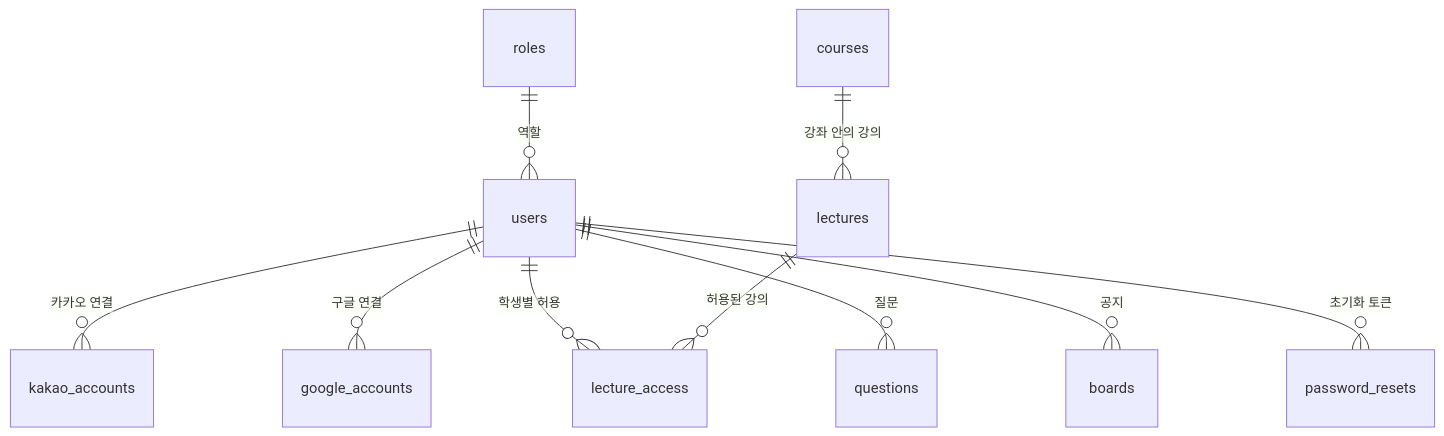
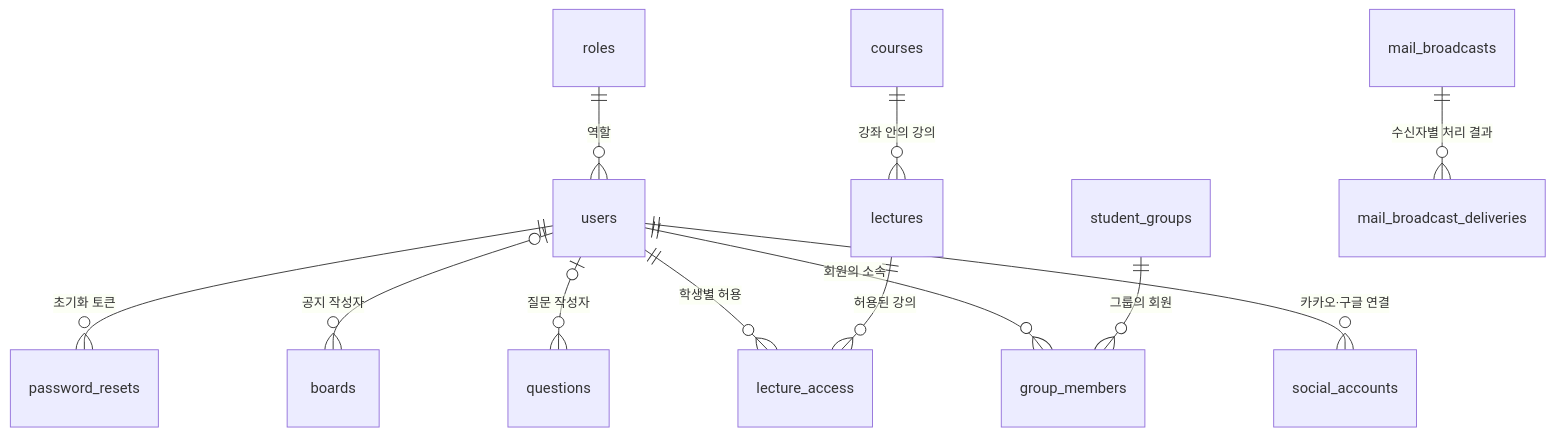
One commit to bhy0426/math changed the diagram in docs/code-map.md. Above: the diagram before and after it, drawn with Mermaid. The commit also changed other lines of this file and 37 other files, not shown here.

Commit message:
Unify social accounts and extract shared member and mail modules

````diff
--- a/docs/code-map.md
+++ b/docs/code-map.md
@@ -40,12 +52,14 @@
 ```mermaid
 erDiagram
     roles ||--o{ users : "역할"
-    users ||--o{ kakao_accounts : "카카오 연결"
-    users ||--o{ google_accounts : "구글 연결"
+    users ||--o{ social_accounts : "카카오·구글 연결"
+    users ||--o{ group_members : "회원의 소속"
+    student_groups ||--o{ group_members : "그룹의 회원"
     courses ||--o{ lectures : "강좌 안의 강의"
     users ||--o{ lecture_access : "학생별 허용"
     lectures ||--o{ lecture_access : "허용된 강의"
-    users ||--o{ questions : "질문"
-    users ||--o{ boards : "공지"
+    users |o--o{ questions : "질문 작성자"
+    users |o--o{ boards : "공지 작성자"
     users ||--o{ password_resets : "초기화 토큰"
+    mail_broadcasts ||--o{ mail_broadcast_deliveries : "수신자별 처리 결과"
 ```
````
